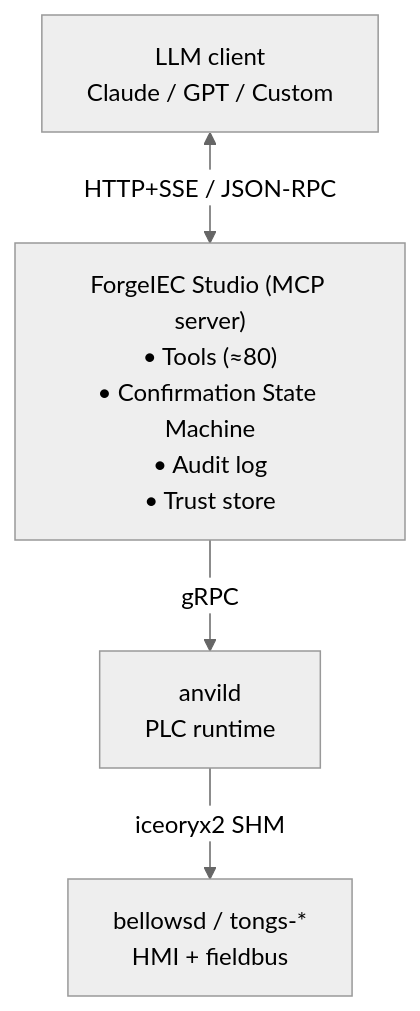
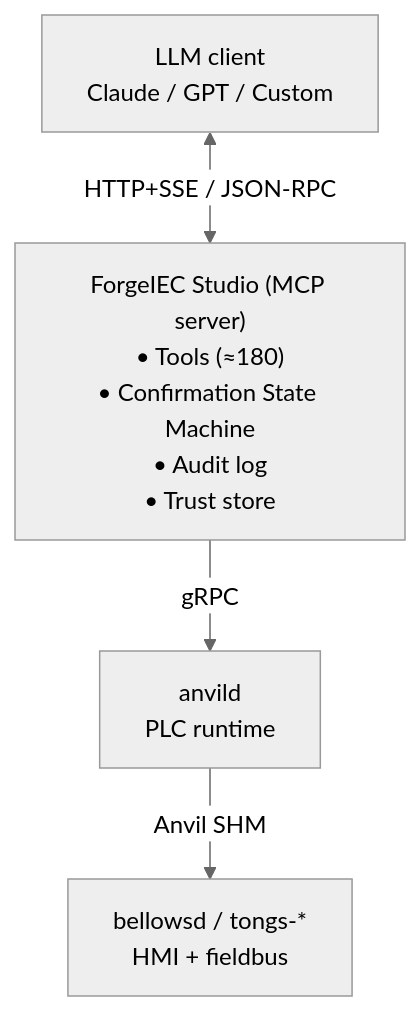
The diagram in content/en/help/mcp/_index.md (Beerlesklopfer/forgeiec-website), drawn with Mermaid (neutral theme) before and after one commit. The commit also changed 47 other files, not shown here.

````diff
--- a/content/en/help/mcp/_index.md
+++ b/content/en/help/mcp/_index.md
@@ -76,11 +76,11 @@
 ```mermaid
 flowchart TB
     Client[LLM client<br/>Claude / GPT / Custom]
-    Studio["ForgeIEC Studio (MCP server)<br/>• Tools (≈80)<br/>• Confirmation State Machine<br/>• Audit log<br/>• Trust store"]
+    Studio["ForgeIEC Studio (MCP server)<br/>• Tools (≈180)<br/>• Confirmation State Machine<br/>• Audit log<br/>• Trust store"]
     anvild[anvild<br/>PLC runtime]
     daemons[bellowsd / tongs-*<br/>HMI + fieldbus]
 
     Client <-->|HTTP+SSE / JSON-RPC| Studio
     Studio -->|gRPC| anvild
-    anvild -->|iceoryx2 SHM| daemons
+    anvild -->|Anvil SHM| daemons
 ```
````
